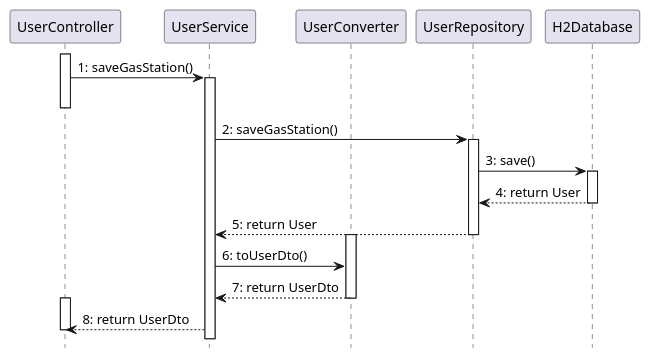
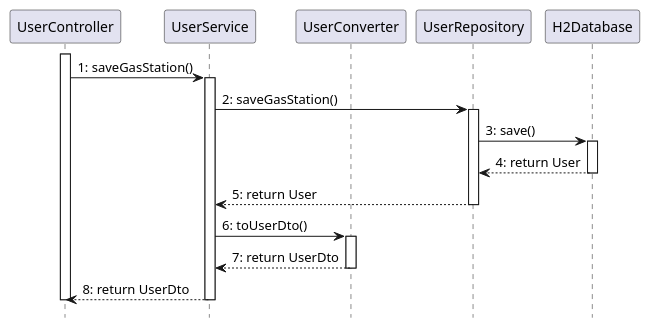
One commit to SE2-group4/SE1-project changed the sixth of 15 diagrams in docs/DesignDocument.md. Above: the diagram before and after it, drawn with PlantUML. The commit also changed other lines of this file, not shown here.

````diff
--- a/docs/DesignDocument.md
+++ b/docs/DesignDocument.md
@@ -583,39 +584,36 @@
 ```plantuml
-
 @startuml
 hide footbox
 skinparam shadowing false
 
 participant UserController as UC
 participant UserService as US
 participant UserConverter as UCV
 participant UserRepository as UR
 participant H2Database as H2
 
 activate UC
 UC -> US: 1: saveGasStation()
 activate US
-deactivate UC
 
 US -> UR: 2: saveGasStation()
 activate UR
 
 UR -> H2: 3: save()
 
 activate H2
 H2 --> UR: 4: return User
 deactivate H2
 
-
 UR --> US: 5: return User
 deactivate UR
 
+US -> UCV: 6: toUserDto()
 activate UCV
-US -> UCV: 6: toUserDto()
 UCV --> US: 7: return UserDto
 deactivate UCV
-activate UC
 US --> UC: 8: return UserDto
+deactivate US
 deactivate UC
 @enduml
 ```
````
